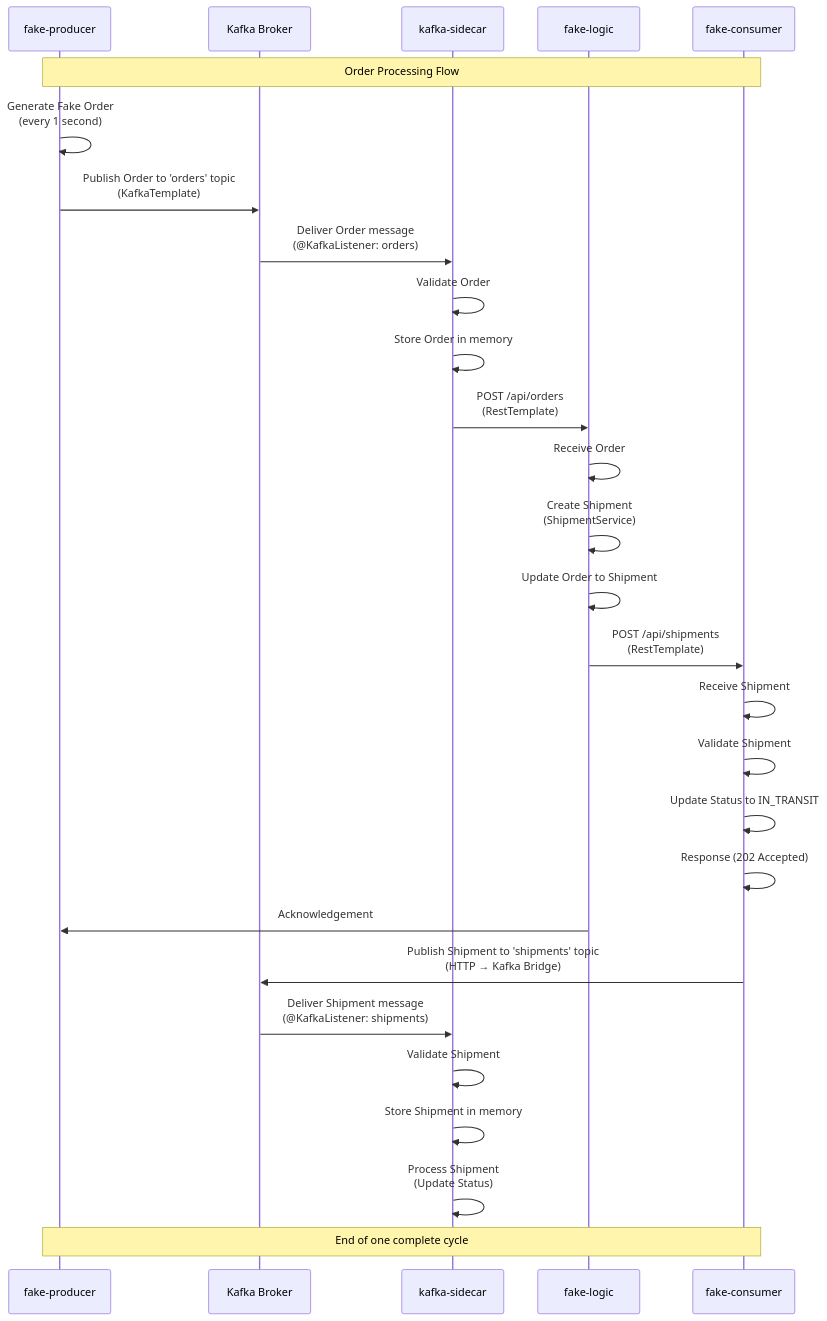
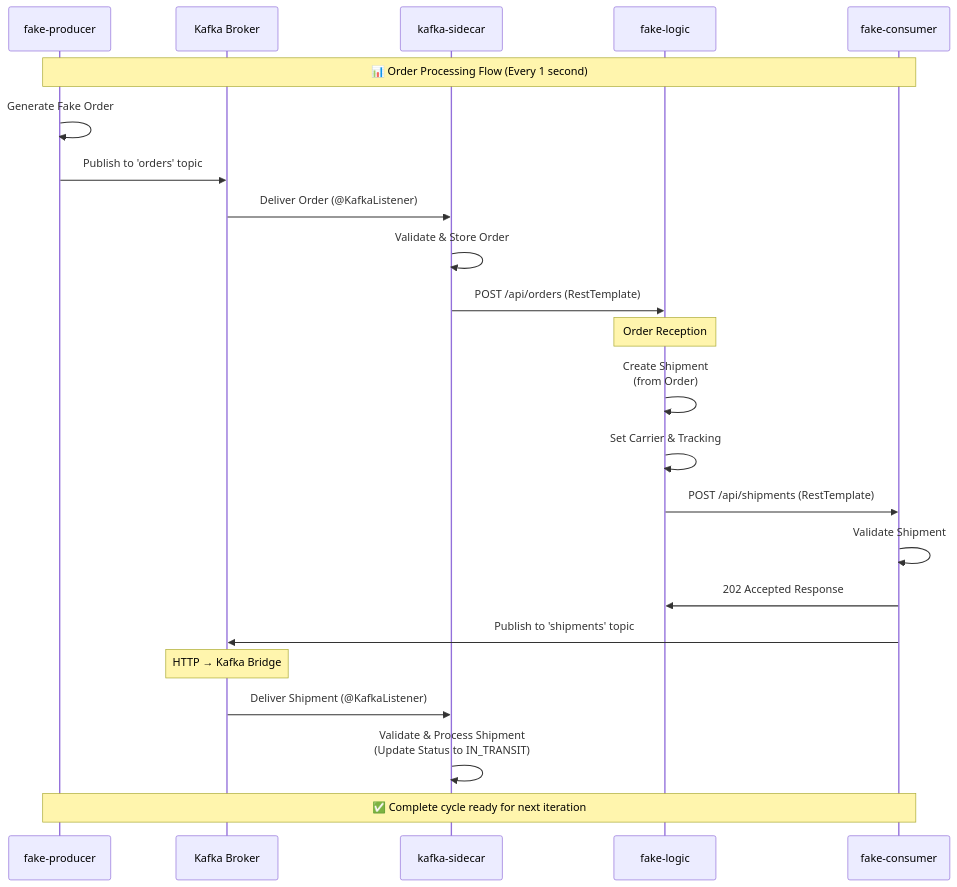
Before and after one commit to drnow4u/kafka-sidecar: the diagram in README.md, drawn with Mermaid. The commit also changed other lines of this file, not shown here.

Commit message:
Spring Boot

````diff
--- a/README.md
+++ b/README.md
@@ -138,44 +138,41 @@
 ```mermaid
 sequenceDiagram
     participant FakeProducer as fake-producer
     participant Kafka as Kafka Broker
     participant KafkaSidecar as kafka-sidecar
     participant FakeLogic as fake-logic
     participant FakeConsumer as fake-consumer
 
-    Note over FakeProducer,FakeConsumer: Order Processing Flow
+    Note over FakeProducer,FakeConsumer: 📊 Order Processing Flow (Every 1 second)
 
     %% Step 1: Produce Orders
-    FakeProducer->>FakeProducer: Generate Fake Order<br/>(every 1 second)
-    FakeProducer->>Kafka: Publish Order to 'orders' topic<br/>(KafkaTemplate)
+    FakeProducer->>FakeProducer: Generate Fake Order
+    FakeProducer->>Kafka: Publish to 'orders' topic
 
     %% Step 2: Consume Orders
-    Kafka->>KafkaSidecar: Deliver Order message<br/>(@KafkaListener: orders)
-    KafkaSidecar->>KafkaSidecar: Validate Order
-    KafkaSidecar->>KafkaSidecar: Store Order in memory
-    
-    %% Step 3: Forward Order to Logic
-    KafkaSidecar->>FakeLogic: POST /api/orders<br/>(RestTemplate)
-    FakeLogic->>FakeLogic: Receive Order
-    FakeLogic->>FakeLogic: Create Shipment<br/>(ShipmentService)
-    FakeLogic->>FakeLogic: Update Order to Shipment
-    
-    %% Step 4: Forward Shipment
-    FakeLogic->>FakeConsumer: POST /api/shipments<br/>(RestTemplate)
-    FakeConsumer->>FakeConsumer: Receive Shipment
+    Kafka->>KafkaSidecar: Deliver Order (@KafkaListener)
+    KafkaSidecar->>KafkaSidecar: Validate & Store Order
+
+    %% Step 3: Forward Order via HTTP
+    KafkaSidecar->>FakeLogic: POST /api/orders (RestTemplate)
+    Note over FakeLogic: Order Reception
+
+    %% Step 4: Create Shipment
+    FakeLogic->>FakeLogic: Create Shipment<br/>(from Order)
+    FakeLogic->>FakeLogic: Set Carrier & Tracking
+
+    %% Step 5: Forward Shipment via HTTP
+    FakeLogic->>FakeConsumer: POST /api/shipments (RestTemplate)
     FakeConsumer->>FakeConsumer: Validate Shipment
-    FakeConsumer->>FakeConsumer: Update Status to IN_TRANSIT
-    FakeConsumer->>FakeConsumer: Response (202 Accepted)
-    FakeLogic->>FakeProducer: Acknowledgement
-    
-    %% Step 5: Publish Shipment to Kafka
-    FakeConsumer->>Kafka: Publish Shipment to 'shipments' topic<br/>(HTTP → Kafka Bridge)
-    
-    %% Step 6: Consume Shipments
-    Kafka->>KafkaSidecar: Deliver Shipment message<br/>(@KafkaListener: shipments)
-    KafkaSidecar->>KafkaSidecar: Validate Shipment
-    KafkaSidecar->>KafkaSidecar: Store Shipment in memory
-    KafkaSidecar->>KafkaSidecar: Process Shipment<br/>(Update Status)
+    FakeConsumer->>FakeLogic: 202 Accepted Response
 
-    Note over FakeProducer,FakeConsumer: End of one complete cycle
+    %% Step 6: Publish Shipment to Kafka
+    FakeConsumer->>Kafka: Publish to 'shipments' topic
+    Note over Kafka: HTTP → Kafka Bridge
+
+    %% Step 7: Consume Shipments
+    Kafka->>KafkaSidecar: Deliver Shipment (@KafkaListener)
+    KafkaSidecar->>KafkaSidecar: Validate & Process Shipment<br/>(Update Status to IN_TRANSIT)
+
+    Note over FakeProducer,FakeConsumer: ✅ Complete cycle ready for next iteration
 ```
````
